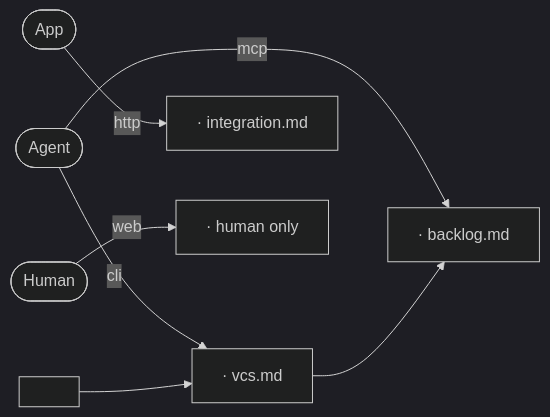
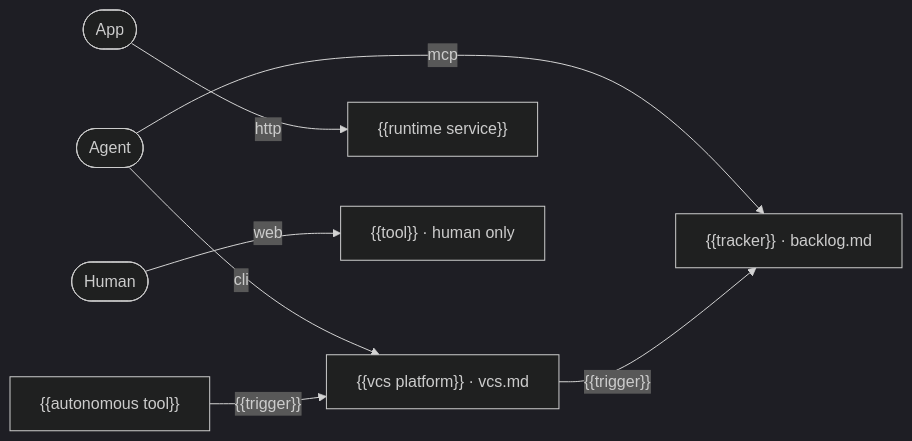
Before and after one commit to ai-driven-dev/framework: the diagram in plugins/aidd-context/skills/02-project-memory/assets/templates/memory/ecosystem/ecosystem.md, drawn with Mermaid (dark theme). The commit also changed other lines of this file and 33 other files, not shown here.

````diff
--- a/plugins/aidd-context/skills/02-project-memory/assets/templates/memory/ecosystem/ecosystem.md
+++ b/plugins/aidd-context/skills/02-project-memory/assets/templates/memory/ecosystem/ecosystem.md
@@ -3,19 +5,19 @@
 ```mermaid
 flowchart LR
   Human([Human])
   Agent([Agent])
   App([App])
-  Vcs["<vcs platform> · vcs.md"]
-  Tracker["<tracker> · backlog.md"]
-  Service["<runtime service> · integration.md"]
-  Chat["<tool> · human only"]
-  Bot["<autonomous tool>"]
+  Vcs["{{vcs platform}} · vcs.md"]
+  Tracker["{{tracker}} · backlog.md"]
+  Service["{{runtime service}}"]
+  Chat["{{tool}} · human only"]
+  Bot["{{autonomous tool}}"]
 
   Agent -- cli --> Vcs
   Agent -- mcp --> Tracker
   App -- http --> Service
   Human -- web --> Chat
 
-  Vcs -- "<trigger>" --> Tracker
-  Bot -- "<trigger>" --> Vcs
+  Vcs -- "{{trigger}}" --> Tracker
+  Bot -- "{{trigger}}" --> Vcs
 ```
````
